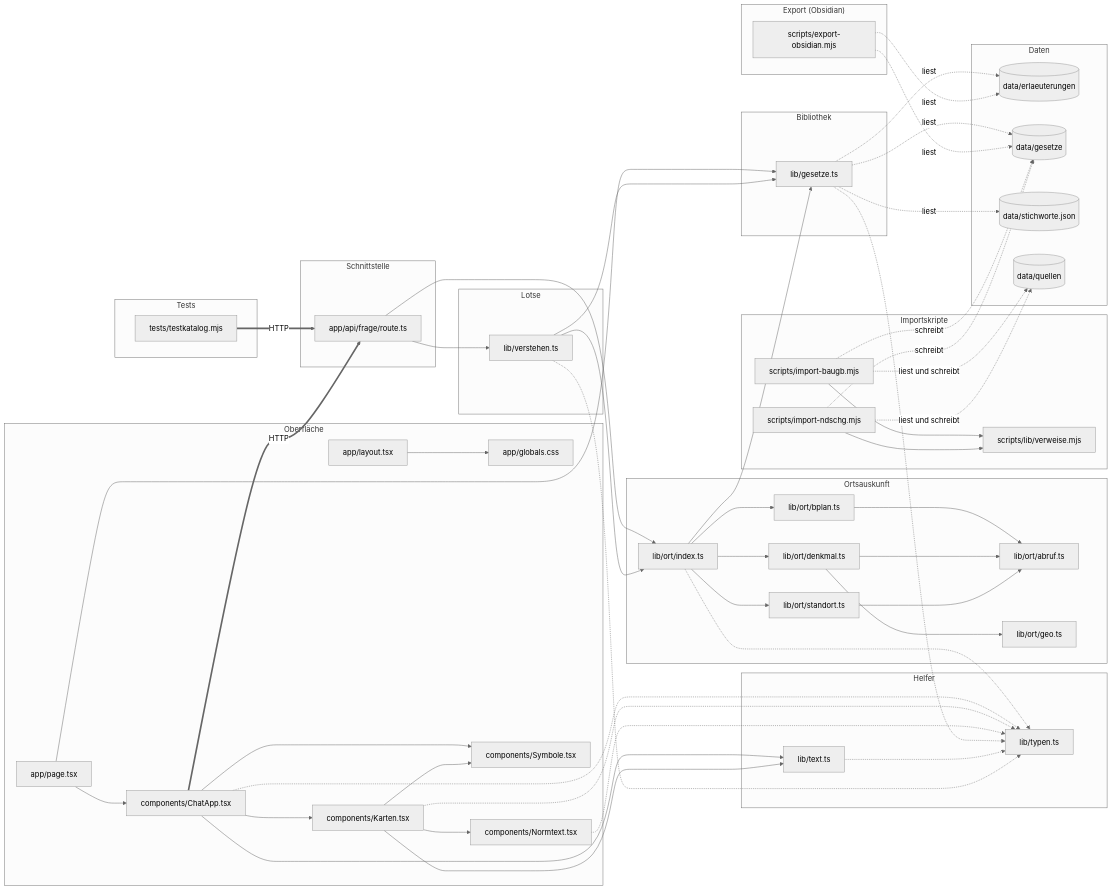
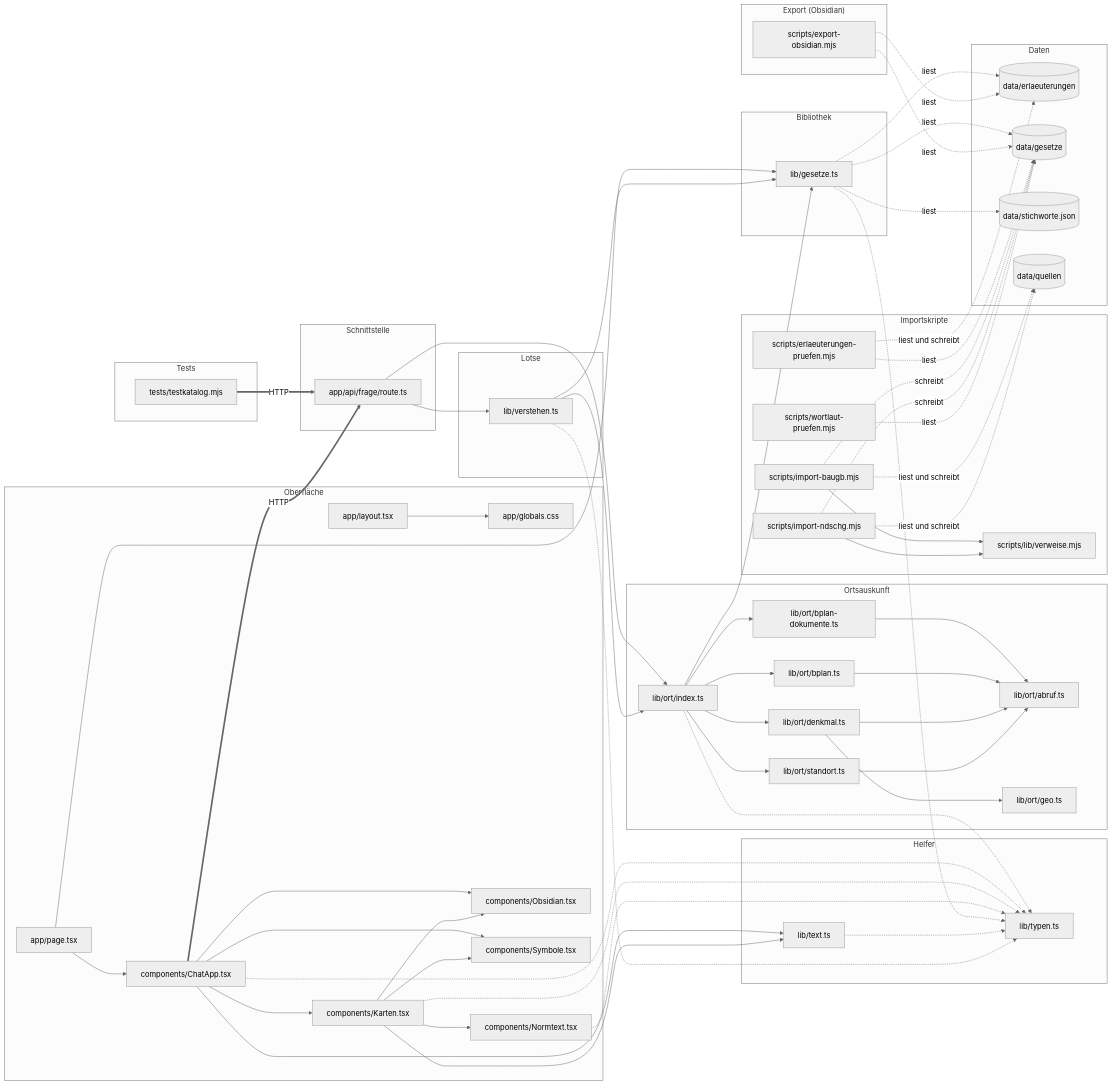
The second of 2 diagrams in obsidian/Projekt/Architektur.md (Jade-HS-Vibecoding-WPK/Bau-Normen), drawn with Mermaid (neutral theme) before and after one commit. The commit also changed other lines of this file and 121 other files, not shown here.

First line of the commit message:
Erläuterungen, B-Plan-Dokumente, Obsidian-Button, Wortlautprüfung

````diff
--- a/obsidian/Projekt/Architektur.md
+++ b/obsidian/Projekt/Architektur.md
@@ -86,23 +89,26 @@
 ```mermaid
 flowchart LR
   subgraph SB0["Importskripte"]
-    F19["scripts/import-baugb.mjs"]
-    F20["scripts/import-ndschg.mjs"]
-    F21["scripts/lib/verweise.mjs"]
+    F20["scripts/erlaeuterungen-pruefen.mjs"]
+    F22["scripts/import-baugb.mjs"]
+    F23["scripts/import-ndschg.mjs"]
+    F24["scripts/lib/verweise.mjs"]
+    F25["scripts/wortlaut-pruefen.mjs"]
   end
   subgraph SB1["Bibliothek"]
-    F8["lib/gesetze.ts"]
+    F9["lib/gesetze.ts"]
   end
   subgraph SB2["Lotse"]
-    F17["lib/verstehen.ts"]
+    F19["lib/verstehen.ts"]
   end
   subgraph SB3["Ortsauskunft"]
-    F9["lib/ort/abruf.ts"]
-    F10["lib/ort/bplan.ts"]
-    F11["lib/ort/denkmal.ts"]
-    F12["lib/ort/geo.ts"]
-    F13["lib/ort/index.ts"]
-    F14["lib/ort/standort.ts"]
+    F10["lib/ort/abruf.ts"]
+    F11["lib/ort/bplan-dokumente.ts"]
+    F12["lib/ort/bplan.ts"]
+    F13["lib/ort/denkmal.ts"]
+    F14["lib/ort/geo.ts"]
+    F15["lib/ort/index.ts"]
+    F16["lib/ort/standort.ts"]
   end
   subgraph SB4["Schnittstelle"]
     F0["app/api/frage/route.ts"]
@@ -114,17 +120,18 @@
     F4["components/ChatApp.tsx"]
     F5["components/Karten.tsx"]
     F6["components/Normtext.tsx"]
-    F7["components/Symbole.tsx"]
+    F7["components/Obsidian.tsx"]
+    F8["components/Symbole.tsx"]
   end
   subgraph SB6["Helfer"]
-    F15["lib/text.ts"]
-    F16["lib/typen.ts"]
+    F17["lib/text.ts"]
+    F18["lib/typen.ts"]
   end
   subgraph SB7["Tests"]
-    F22["tests/testkatalog.mjs"]
+    F26["tests/testkatalog.mjs"]
   end
   subgraph SB8["Export (Obsidian)"]
-    F18["scripts/export-obsidian.mjs"]
+    F21["scripts/export-obsidian.mjs"]
   end
   subgraph SD["Daten"]
     D0[("data/erlaeuterungen")]
@@ -132,45 +139,52 @@
     D2[("data/stichworte.json")]
     D3[("data/quellen")]
   end
-  F0 --> F13
-  F0 --> F17
+  F0 --> F15
+  F0 --> F19
   F2 --> F1
   F3 --> F4
-  F3 --> F8
-  F4 --> F15
-  F4 -.-> F16
+  F3 --> F9
+  F4 --> F17
+  F4 -.-> F18
   F4 --> F5
   F4 --> F7
+  F4 --> F8
   F4 ==>|HTTP| F0
-  F5 --> F15
-  F5 -.-> F16
+  F5 --> F17
+  F5 -.-> F18
   F5 --> F6
   F5 --> F7
-  F6 -.-> F16
-  F8 -.-> F16
-  F8 -.->|liest| D0
-  F8 -.->|liest| D1
-  F8 -.->|liest| D2
-  F10 --> F9
-  F11 --> F9
-  F11 --> F12
-  F13 --> F8
-  F13 -.-> F16
+  F5 --> F8
+  F6 -.-> F18
+  F9 -.-> F18
+  F9 -.->|liest| D0
+  F9 -.->|liest| D1
+  F9 -.->|liest| D2
+  F11 --> F10
+  F12 --> F10
   F13 --> F10
-  F13 --> F11
   F13 --> F14
-  F14 --> F9
-  F15 -.-> F16
-  F17 --> F8
-  F17 --> F13
-  F17 -.-> F16
-  F18 -.->|liest| D0
-  F18 -.->|liest| D1
-  F19 --> F21
-  F19 -.->|schreibt| D1
-  F19 -.->|liest und schreibt| D3
-  F20 --> F21
-  F20 -.->|liest und schreibt| D3
-  F20 -.->|schreibt| D1
-  F22 ==>|HTTP| F0
+  F15 --> F9
+  F15 -.-> F18
+  F15 --> F12
+  F15 --> F11
+  F15 --> F13
+  F15 --> F16
+  F16 --> F10
+  F17 -.-> F18
+  F19 --> F9
+  F19 --> F15
+  F19 -.-> F18
+  F20 -.->|liest und schreibt| D0
+  F20 -.->|liest| D1
+  F21 -.->|liest| D0
+  F21 -.->|liest| D1
+  F22 --> F24
+  F22 -.->|schreibt| D1
+  F22 -.->|liest und schreibt| D3
+  F23 --> F24
+  F23 -.->|liest und schreibt| D3
+  F23 -.->|schreibt| D1
+  F25 -.->|liest| D1
+  F26 ==>|HTTP| F0
 ```
````
